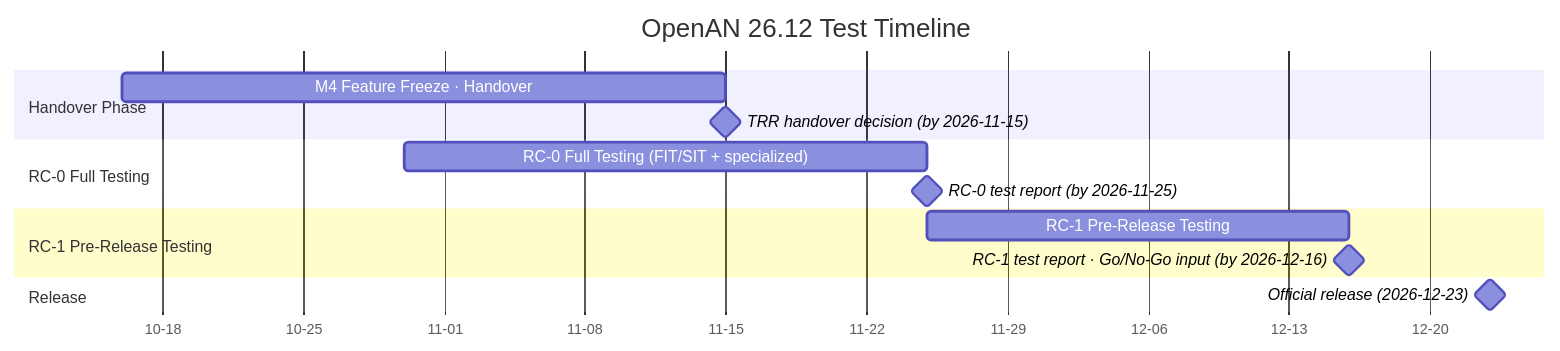
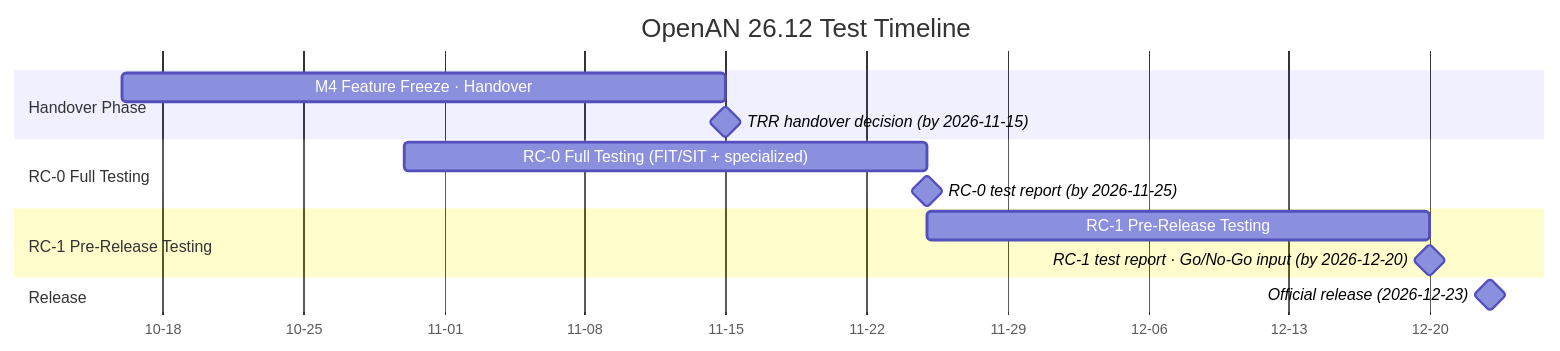
The second of 2 diagrams in docs/openan-integration-testing-wg-homepage.md (XunliYang/e2e-test), drawn with Mermaid before and after one commit. The commit also changed other lines of this file and 1 other file, not shown here.

First line of the commit message:
docs: extend RC-1 gantt to Dec 20 and simplify timeline note

````diff
--- a/docs/openan-integration-testing-wg-homepage.md
+++ b/docs/openan-integration-testing-wg-homepage.md
@@ -113,22 +113,22 @@
 ```mermaid
 gantt
     title OpenAN 26.12 Test Timeline
     dateFormat YYYY-MM-DD
     axisFormat %m-%d
     todayMarker off
 
     section Handover Phase
     M4 Feature Freeze · Handover    :m4, 2026-10-16, 30d
     TRR handover decision (by 2026-11-15)                              :milestone, m4_trr, 2026-11-15, 0d
 
     section RC-0 Full Testing
     RC-0 Full Testing (FIT/SIT + specialized)   :r0, 2026-10-30, 26d
     RC-0 test report (by 2026-11-25)                                 :milestone, r0_report, 2026-11-25, 0d
 
     section RC-1 Pre-Release Testing
-    RC-1 Pre-Release Testing      :r1, 2026-11-25, 21d
-    RC-1 test report · Go/No-Go input (by 2026-12-16)                 :milestone, r1_report, 2026-12-16, 0d
+    RC-1 Pre-Release Testing      :r1, 2026-11-25, 25d
+    RC-1 test report · Go/No-Go input (by 2026-12-20)                 :milestone, r1_report, 2026-12-20, 0d
 
     section Release
     Official release (2026-12-23)                                      :milestone, release, 2026-12-23, 0d
 ```
````
